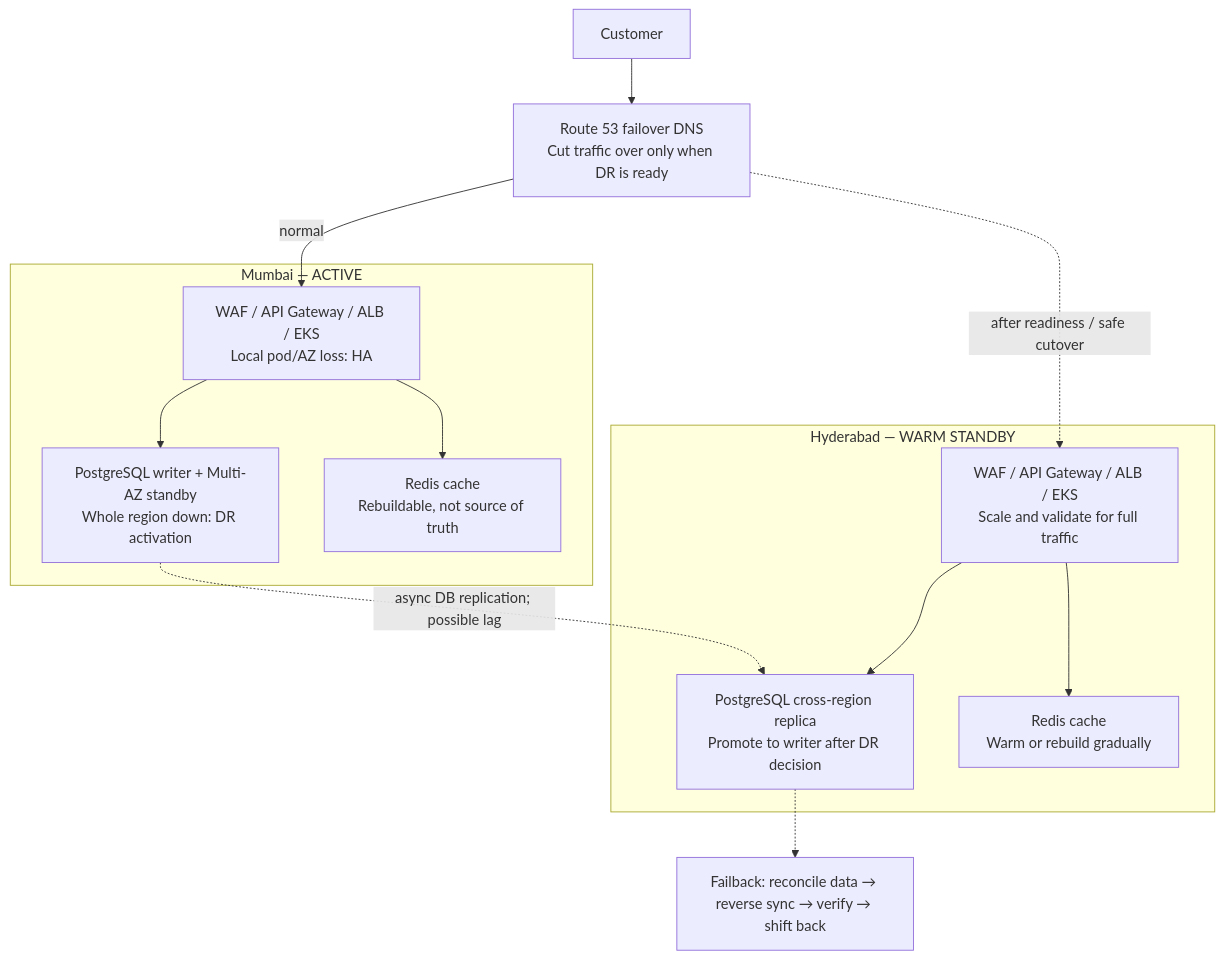
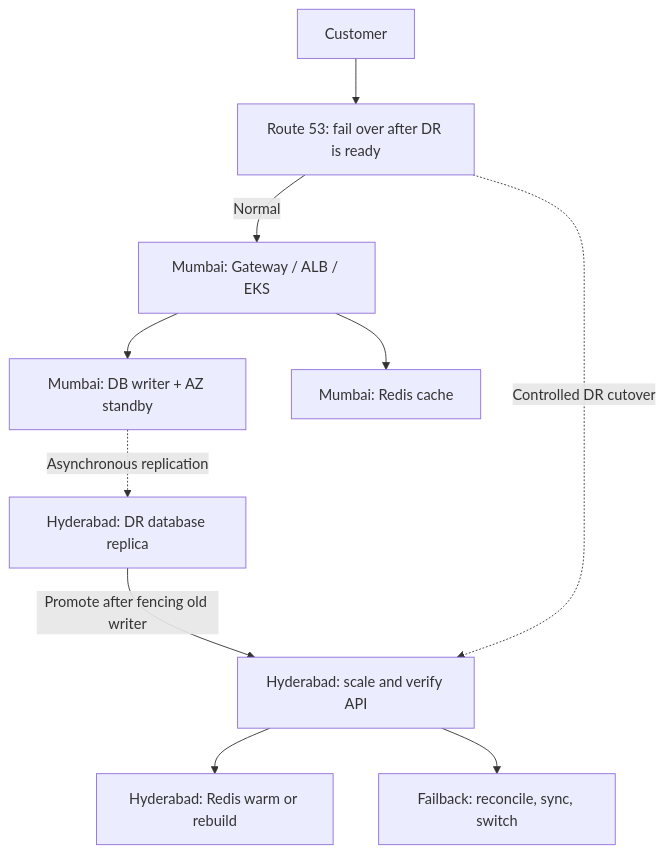
One commit to Johnybritto/system_design changed the third of 3 diagrams in system_design_notes/02_apple_ase_sre_order_api_R23_D03_D04_D05_quick_revision.md. Above: the diagram before and after it, drawn with Mermaid. The commit also changed other lines of this file, not shown here.

Commit message:
Fix clipped GitHub flowcharts and restore Apple SRE D03-D05 follow-up Q&A

````diff
--- a/system_design_notes/02_apple_ase_sre_order_api_R23_D03_D04_D05_quick_revision.md
+++ b/system_design_notes/02_apple_ase_sre_order_api_R23_D03_D04_D05_quick_revision.md
@@ -128,24 +155,20 @@
-~~~mermaid
+```mermaid
 flowchart TD
     U["Customer"]
-    DNS["Route 53 failover DNS<br/>Cut traffic over only when DR is ready"]
-    subgraph M["Mumbai — ACTIVE"]
-       MA["WAF / API Gateway / ALB / EKS<br/>Local pod/AZ loss: HA"]
-       MP["PostgreSQL writer + Multi-AZ standby<br/>Whole region down: DR activation"]
-       MR["Redis cache<br/>Rebuildable, not source of truth"]
-       MA --> MP
-       MA --> MR
-    end
-    subgraph H["Hyderabad — WARM STANDBY"]
-       HA["WAF / API Gateway / ALB / EKS<br/>Scale and validate for full traffic"]
-       HP["PostgreSQL cross-region replica<br/>Promote to writer after DR decision"]
-       HR["Redis cache<br/>Warm or rebuild gradually"]
-       HA --> HP
-       HA --> HR
-    end
-    U --> DNS
-    DNS -->|"normal"| MA
-    MP -.->|"async DB replication; possible lag"| HP
-    DNS -.->|"after readiness / safe cutover"| HA
-    HP -.-> FB["Failback: reconcile data → reverse sync → verify → shift back"]
-~~~
+    DNS["Route 53: fail over after DR is ready"]
+    MAPP["Mumbai: Gateway / ALB / EKS"]
+    MDB["Mumbai: DB writer + AZ standby"]
+    MC["Mumbai: Redis cache"]
+    HDB["Hyderabad: DR database replica"]
+    HAPP["Hyderabad: scale and verify API"]
+    HC["Hyderabad: Redis warm or rebuild"]
+    FB["Failback: reconcile, sync, switch"]
+    U --> DNS -->|"Normal"| MAPP
+    MAPP --> MDB
+    MAPP --> MC
+    MDB -.->|"Asynchronous replication"| HDB
+    HDB -->|"Promote after fencing old writer"| HAPP
+    DNS -.->|"Controlled DR cutover"| HAPP
+    HAPP --> HC
+    HAPP --> FB
+```
````
